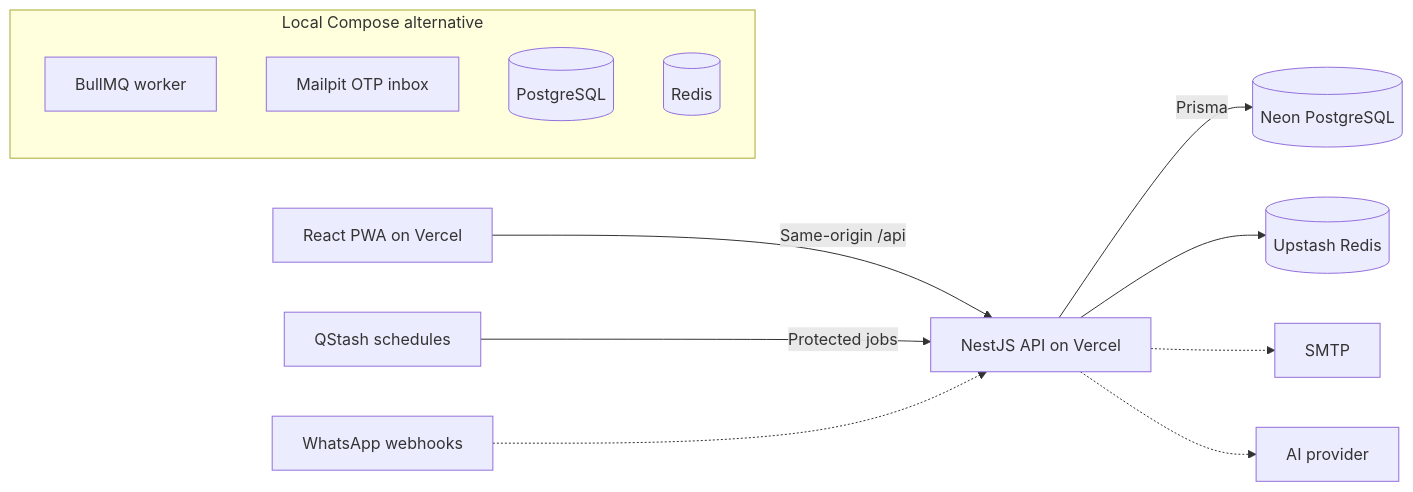
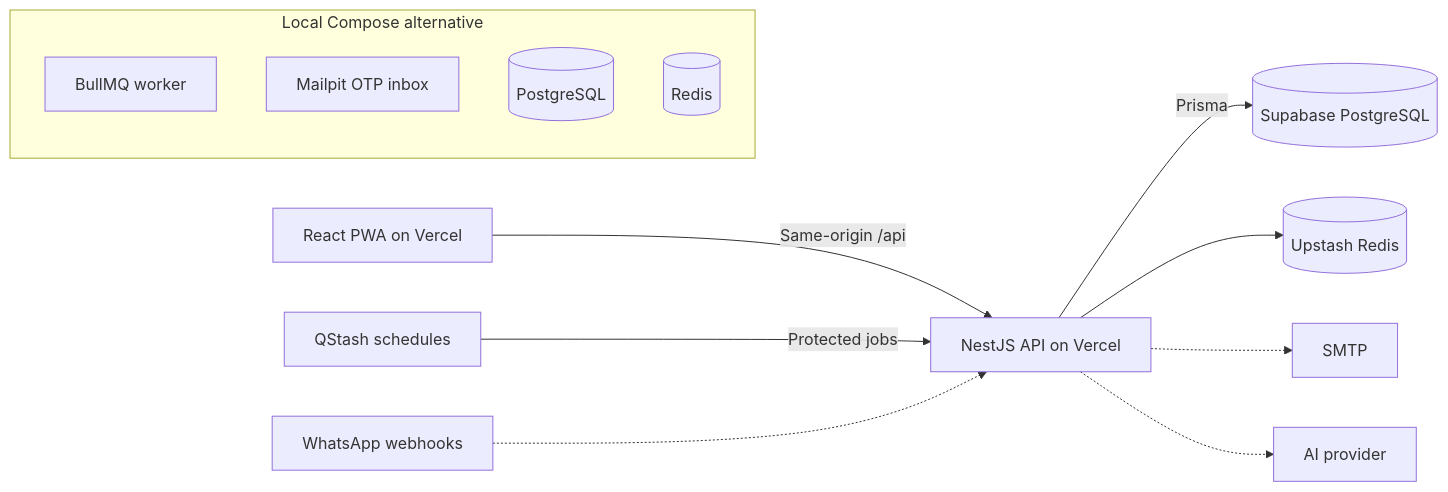
Before and after one commit to msot14474-sudo/mirai-tracker: the diagram in docs/architecture.mmd, drawn with Mermaid. The commit also changed 31 other files, not shown here.

```diff
--- a/docs/architecture.mmd
+++ b/docs/architecture.mmd
@@ -1,14 +1,14 @@
 flowchart LR
   Web["React PWA on Vercel"] -->|Same-origin /api| API["NestJS API on Vercel"]
-  API -->|Prisma| DB[("Neon PostgreSQL")]
+  API -->|Prisma| DB[("Supabase PostgreSQL")]
   API --> Redis[("Upstash Redis")]
   Jobs["QStash schedules"] -->|Protected jobs| API
   API -.-> SMTP["SMTP"]
   API -.-> AI["AI provider"]
   WhatsApp["WhatsApp webhooks"] -.-> API
   subgraph Local["Local Compose alternative"]
     Worker["BullMQ worker"]
     Mailpit["Mailpit OTP inbox"]
     Postgres[("PostgreSQL")]
     LocalRedis[("Redis")]
   end
```
